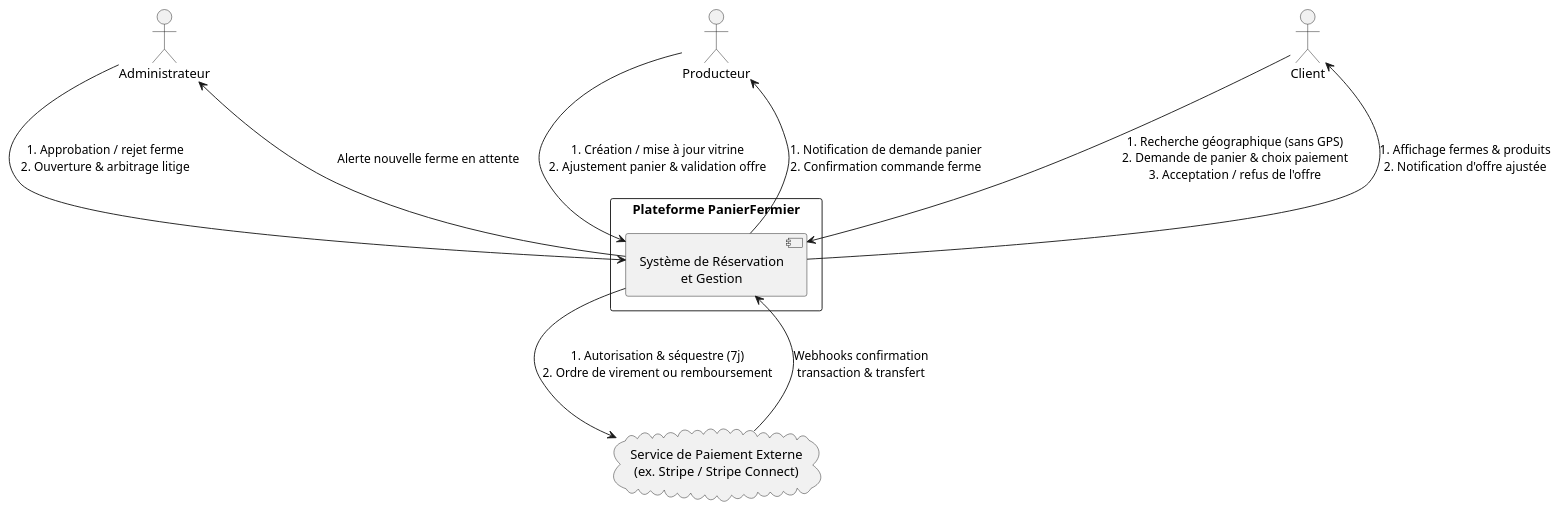
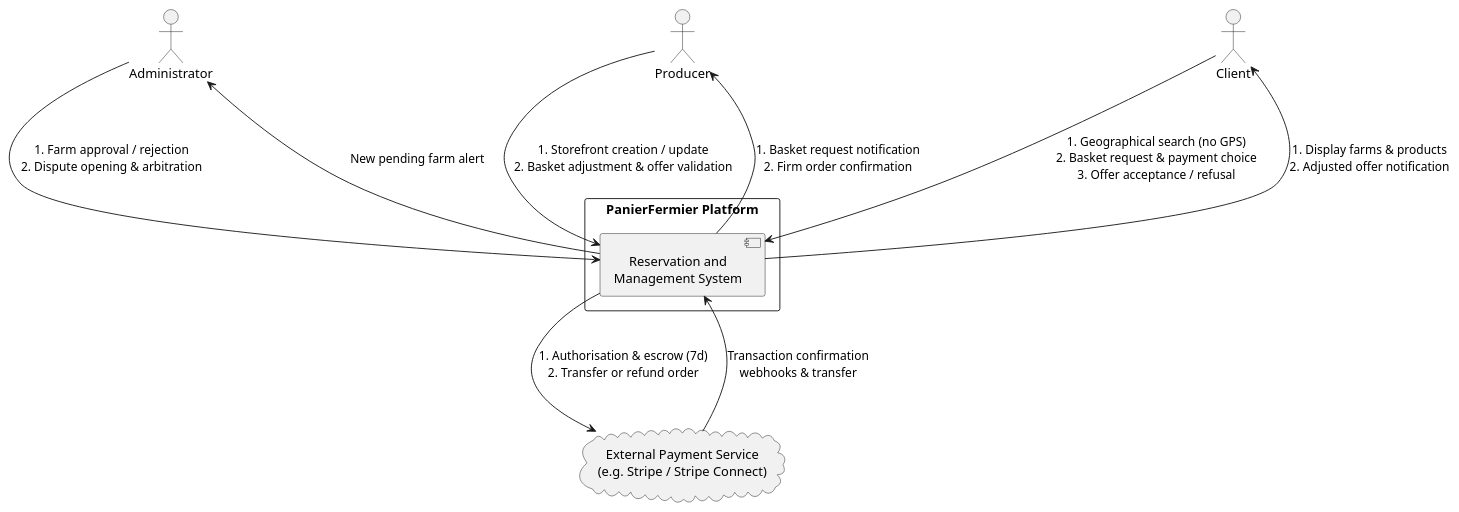
The first of 6 diagrams in REQUIREMENTS.md (Uhrbaan/reis-panier-fermier), drawn with PlantUML before and after one commit. The commit also changed other lines of this file and 14 other files, not shown here.

````diff
--- a/REQUIREMENTS.md
+++ b/REQUIREMENTS.md
@@ -155,35 +155,35 @@
 ```plantuml
 @startuml assets/diagrams/info-flow
 skinparam shadowing false
 skinparam nodesep 90
 skinparam ranksep 110
 skinparam defaultTextAlignment center
 
 actor "Client" as Client
-actor "Producteur" as Producteur
-actor "Administrateur" as Admin
+actor "Producer" as Producer
+actor "Administrator" as Admin
 
-rectangle "Plateforme PanierFermier" {
-    component "Système de Réservation\net Gestion" as Sys
+rectangle "PanierFermier Platform" {
+    component "Reservation and\nManagement System" as Sys
 }
 
-cloud "Service de Paiement Externe\n(ex. Stripe / Stripe Connect)" as Paiement
+cloud "External Payment Service\n(e.g. Stripe / Stripe Connect)" as PaymentGateway
 
-' Flux d'informations : Client <-> Système
-Client -down-> Sys : 1. Recherche géographique (sans GPS)\n2. Demande de panier & choix paiement\n3. Acceptation / refus de l'offre
-Sys -up-> Client : 1. Affichage fermes & produits\n2. Notification d'offre ajustée
+' Information flows: Client <-> System
+Client -down-> Sys : 1. Geographical search (no GPS)\n2. Basket request & payment choice\n3. Offer acceptance / refusal
+Sys -up-> Client : 1. Display farms & products\n2. Adjusted offer notification
 
-' Flux d'informations : Producteur <-> Système
-Producteur -down-> Sys : 1. Création / mise à jour vitrine\n2. Ajustement panier & validation offre
-Sys -up-> Producteur : 1. Notification de demande panier\n2. Confirmation commande ferme
+' Information flows: Producer <-> System
+Producer -down-> Sys : 1. Storefront creation / update\n2. Basket adjustment & offer validation
+Sys -up-> Producer : 1. Basket request notification\n2. Firm order confirmation
 
-' Flux d'informations : Admin <-> Système
-Admin -down-> Sys : 1. Approbation / rejet ferme\n2. Ouverture & arbitrage litige
-Sys -up-> Admin : Alerte nouvelle ferme en attente
+' Information flows: Admin <-> System
+Admin -down-> Sys : 1. Farm approval / rejection\n2. Dispute opening & arbitration
+Sys -up-> Admin : New pending farm alert
 
-' Flux d'informations : Système <-> Paiement
-Sys -down-> Paiement : 1. Autorisation & séquestre (7j)\n2. Ordre de virement ou remboursement
-Paiement -up-> Sys : Webhooks confirmation\ntransaction & transfert
+' Information flows: System <-> Payment
+Sys -down-> PaymentGateway : 1. Authorisation & escrow (7d)\n2. Transfer or refund order
+PaymentGateway -up-> Sys : Transaction confirmation\nwebhooks & transfer
 
 @enduml
 ```
````
